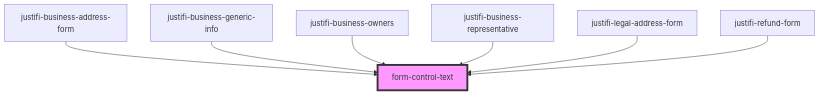
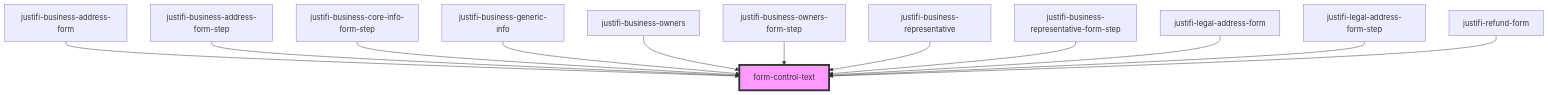
Before and after one commit to justifi-tech/web-component-library: the diagram in packages/webcomponents/src/components/form/readme.md, drawn with Mermaid. The commit also changed other lines of this file and 33 other files, not shown here.

Commit message:
Separate business-form-stepped into new directory, delete unused schema files

````diff
--- a/packages/webcomponents/src/components/form/readme.md
+++ b/packages/webcomponents/src/components/form/readme.md
@@ -47,10 +52,15 @@
 ```mermaid
 graph TD;
   justifi-business-address-form --> form-control-text
+  justifi-business-address-form-step --> form-control-text
+  justifi-business-core-info-form-step --> form-control-text
   justifi-business-generic-info --> form-control-text
   justifi-business-owners --> form-control-text
+  justifi-business-owners-form-step --> form-control-text
   justifi-business-representative --> form-control-text
+  justifi-business-representative-form-step --> form-control-text
   justifi-legal-address-form --> form-control-text
+  justifi-legal-address-form-step --> form-control-text
   justifi-refund-form --> form-control-text
   style form-control-text fill:#f9f,stroke:#333,stroke-width:4px
 ```
````
